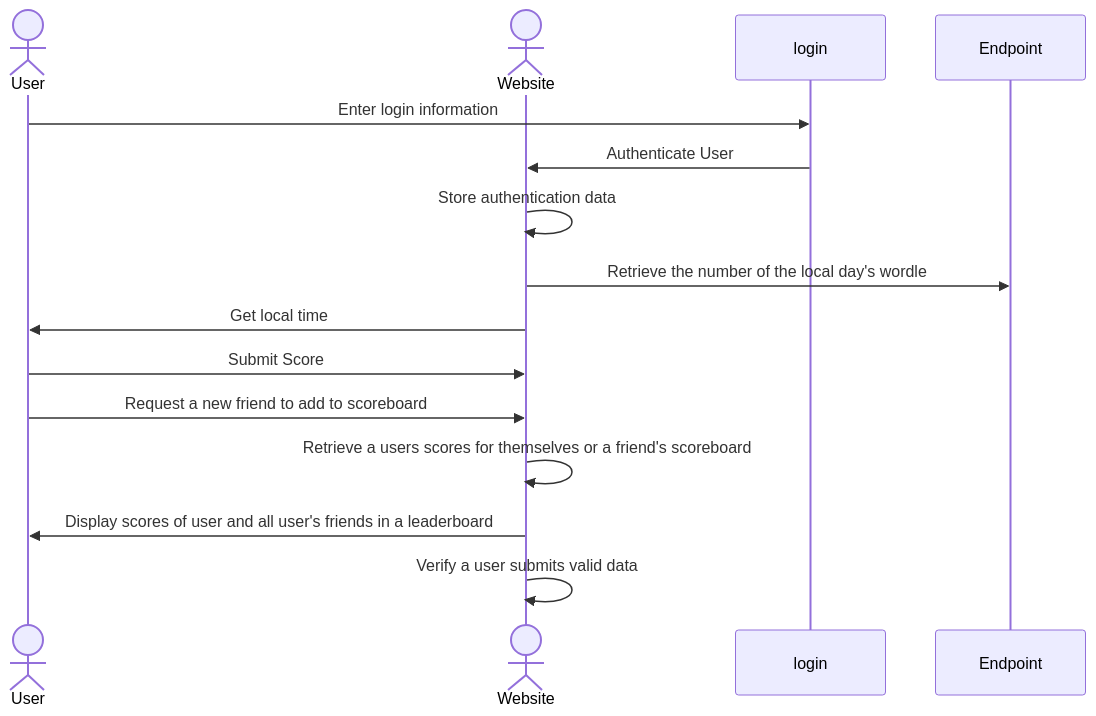
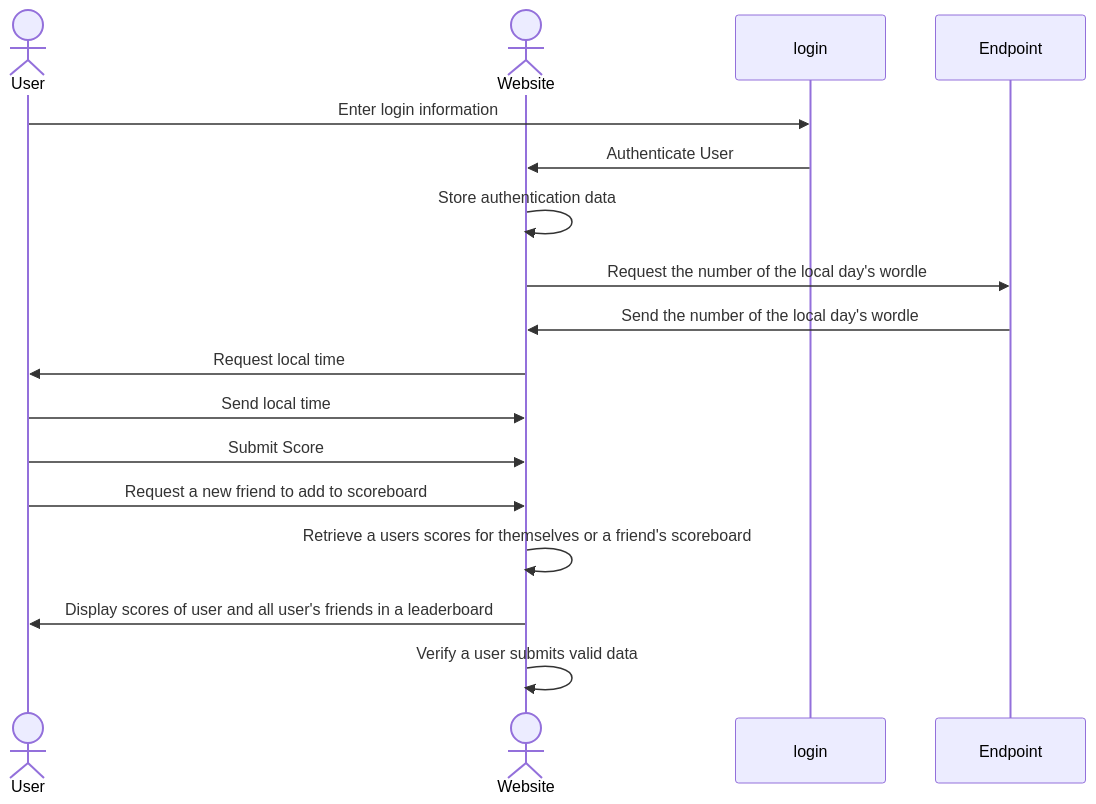
Before and after one commit to Aathok-Git/cs260-startup: the diagram in README.md, drawn with Mermaid. The commit also changed other lines of this file and 2 other files, not shown here.

Commit message:
Finished the first deliverable, added the sketch image

````diff
--- a/README.md
+++ b/README.md
@@ -37,15 +37,17 @@
 ```mermaid
 sequenceDiagram
     actor User
     actor Website
     User->>login: Enter login information
     login->>Website: Authenticate User
     Website->>Website: Store authentication data
-    Website->>Endpoint: Retrieve the number of the local day's wordle
-    Website->>User: Get local time
+    Website->>Endpoint: Request the number of the local day's wordle
+    Endpoint->>Website: Send the number of the local day's wordle
+    Website->>User: Request local time
+    User->>Website: Send local time
     User->>Website: Submit Score
     User->>Website: Request a new friend to add to scoreboard
     Website->>Website: Retrieve a users scores for themselves or a friend's scoreboard
     Website->>User: Display scores of user and all user's friends in a leaderboard
     Website->>Website: Verify a user submits valid data
 ```
````
